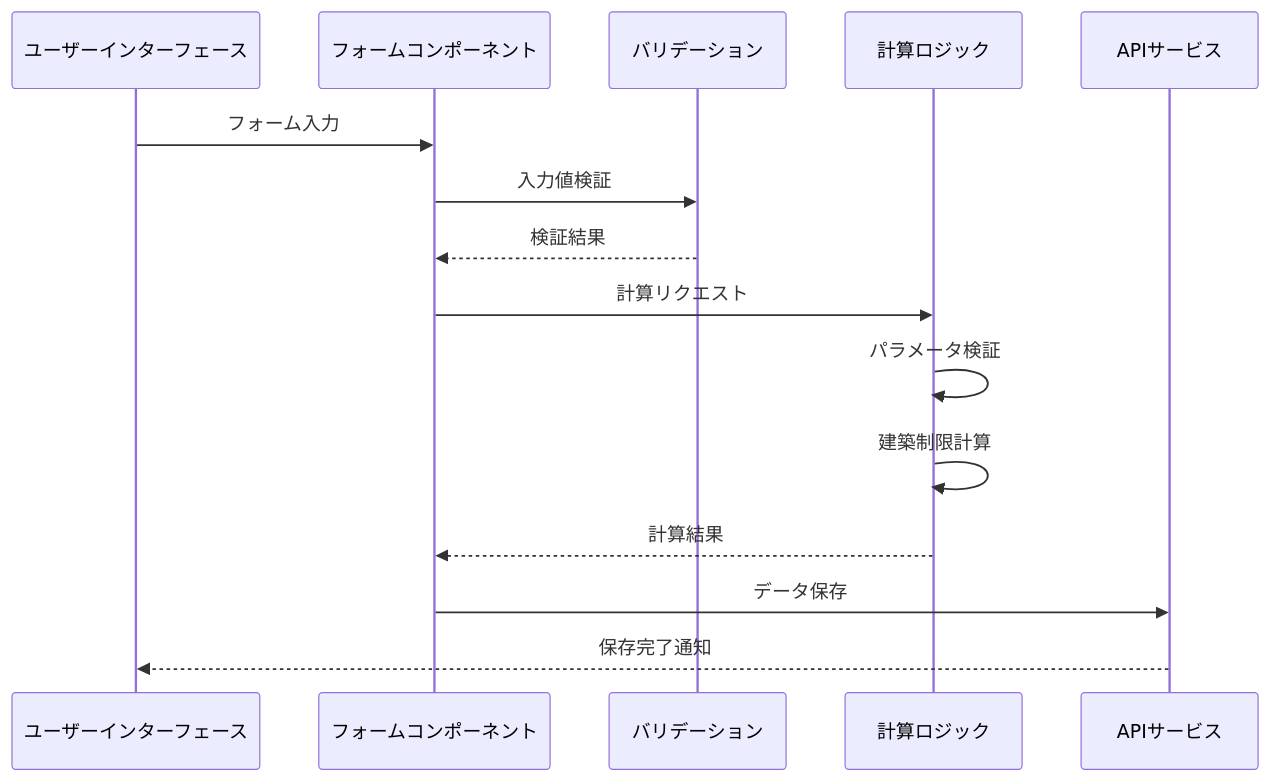
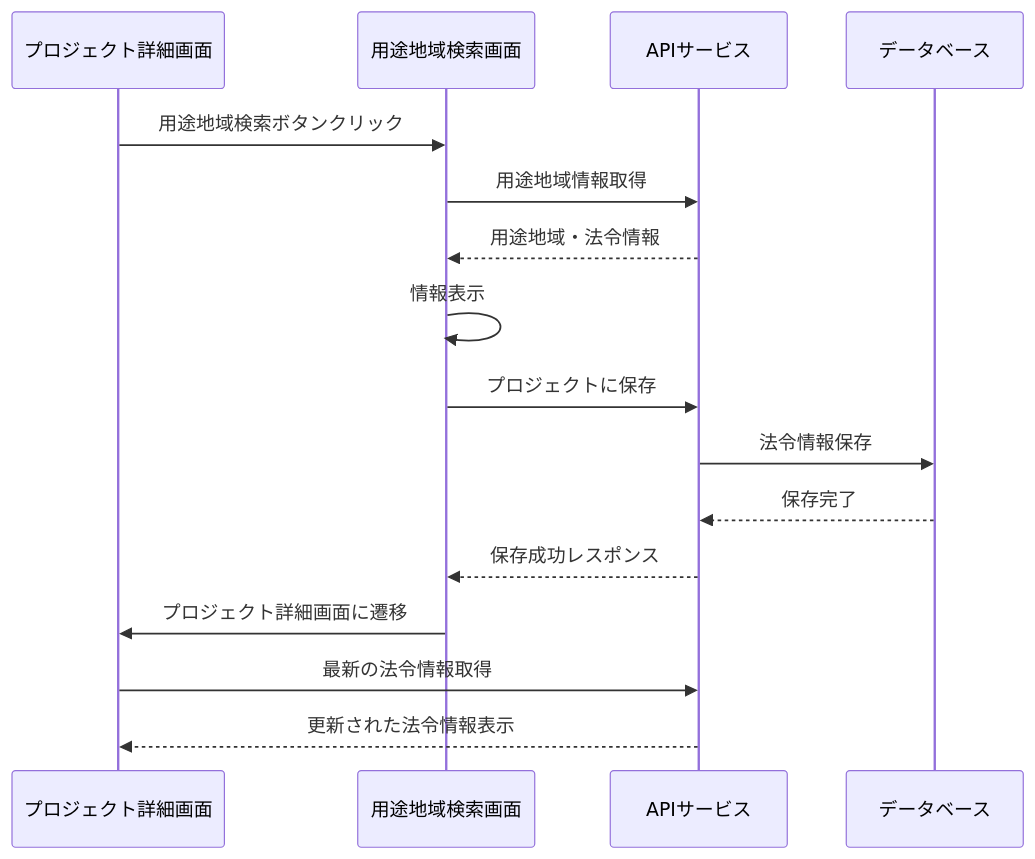
One commit to kamekamek/legal_api changed diagram 12 of 15 in docs/development-schema.md. Above: the diagram before and after it, drawn with Mermaid. The commit also changed other lines of this file and 4 other files, not shown here.

First line of the commit message:
docs: Update development schema with refined component and workflow diagrams

````diff
--- a/docs/development-schema.md
+++ b/docs/development-schema.md
@@ -431,18 +423,19 @@
 ```mermaid
 sequenceDiagram
-    participant UI as ユーザーインターフェース
-    participant Form as フォームコンポーネント
-    participant Validator as バリデーション
-    participant Calculator as 計算ロジック
+    participant PD as プロジェクト詳細画面
+    participant ZS as 用途地域検索画面
     participant API as APIサービス
-    
-    UI->>Form: フォーム入力
-    Form->>Validator: 入力値検証
-    Validator-->>Form: 検証結果
-    Form->>Calculator: 計算リクエスト
-    Calculator->>Calculator: パラメータ検証
-    Calculator->>Calculator: 建築制限計算
-    Calculator-->>Form: 計算結果
-    Form->>API: データ保存
-    API-->>UI: 保存完了通知
+    participant DB as データベース
+
+    PD->>ZS: 用途地域検索ボタンクリック
+    ZS->>API: 用途地域情報取得
+    API-->>ZS: 用途地域・法令情報
+    ZS->>ZS: 情報表示
+    ZS->>API: プロジェクトに保存
+    API->>DB: 法令情報保存
+    DB-->>API: 保存完了
+    API-->>ZS: 保存成功レスポンス
+    ZS->>PD: プロジェクト詳細画面に遷移
+    PD->>API: 最新の法令情報取得
+    API-->>PD: 更新された法令情報表示
 ```
````
